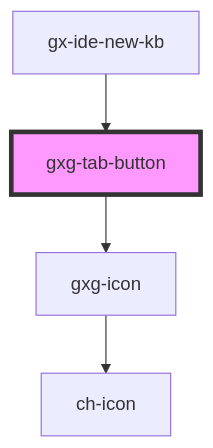
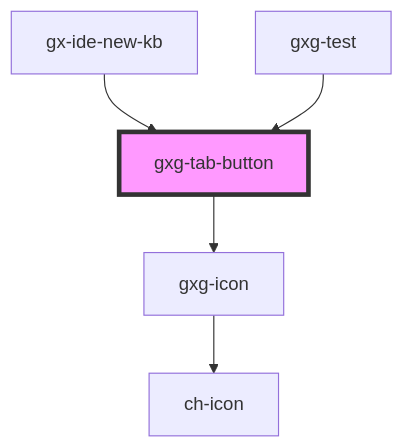
One commit to genexuslabs/gemini changed the diagram in src/components/tab-button/readme.md. Above: the diagram before and after it, drawn with Mermaid. The commit also changed other lines of this file and 12 other files, not shown here.

````diff
--- a/src/components/tab-button/readme.md
+++ b/src/components/tab-button/readme.md
@@ -42,7 +43,8 @@
 ```mermaid
 graph TD;
   gxg-tab-button --> gxg-icon
   gxg-icon --> ch-icon
   gx-ide-new-kb --> gxg-tab-button
+  gxg-test --> gxg-tab-button
   style gxg-tab-button fill:#f9f,stroke:#333,stroke-width:4px
 ```
````
